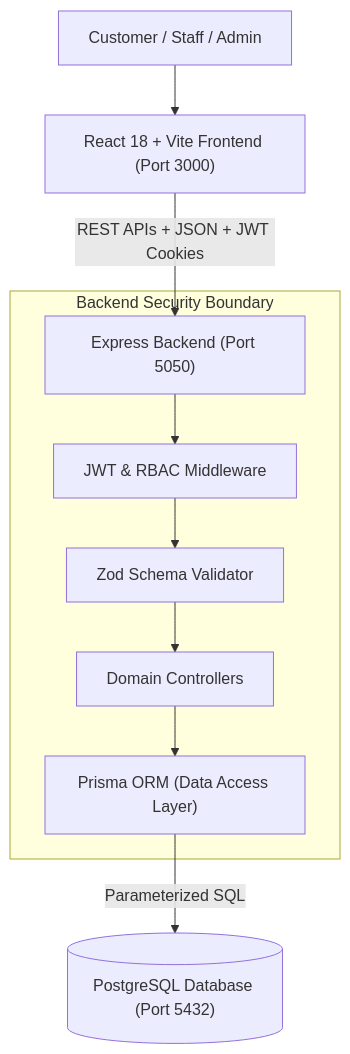
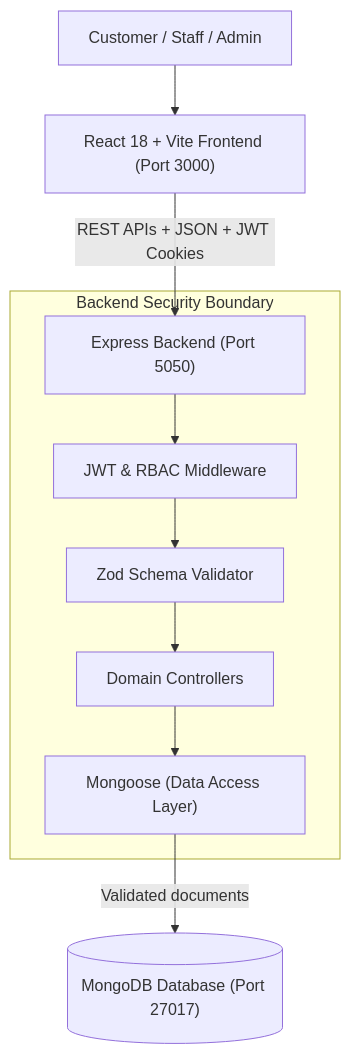
One commit to srisnigdha-08/CodSoft-Internship changed the first of 2 diagrams in Task2-Restaurant-Ordering/docs/LEARNING_GUIDE.md. Above: the diagram before and after it, drawn with Mermaid. The commit also changed other lines of this file and 71 other files, not shown here.

````diff
--- a/Task2-Restaurant-Ordering/docs/LEARNING_GUIDE.md
+++ b/Task2-Restaurant-Ordering/docs/LEARNING_GUIDE.md
@@ -28,14 +28,14 @@
 ```mermaid
 flowchart TD
     User["Customer / Staff / Admin"] --> Client["React 18 + Vite Frontend (Port 3000)"]
     Client -->|"REST APIs + JSON + JWT Cookies"| API["Express Backend (Port 5050)"]
     
     subgraph Backend_Security_Boundary["Backend Security Boundary"]
         API --> AuthGuard["JWT & RBAC Middleware"]
         AuthGuard --> ZodValidate["Zod Schema Validator"]
         ZodValidate --> Controllers["Domain Controllers"]
-        Controllers --> Prisma["Prisma ORM (Data Access Layer)"]
+        Controllers --> Mongoose["Mongoose (Data Access Layer)"]
     end
     
-    Prisma -->|"Parameterized SQL"| DB[("PostgreSQL Database (Port 5432)")]
+    Mongoose -->|"Validated documents"| DB[("MongoDB Database (Port 27017)")]
 ```
````
